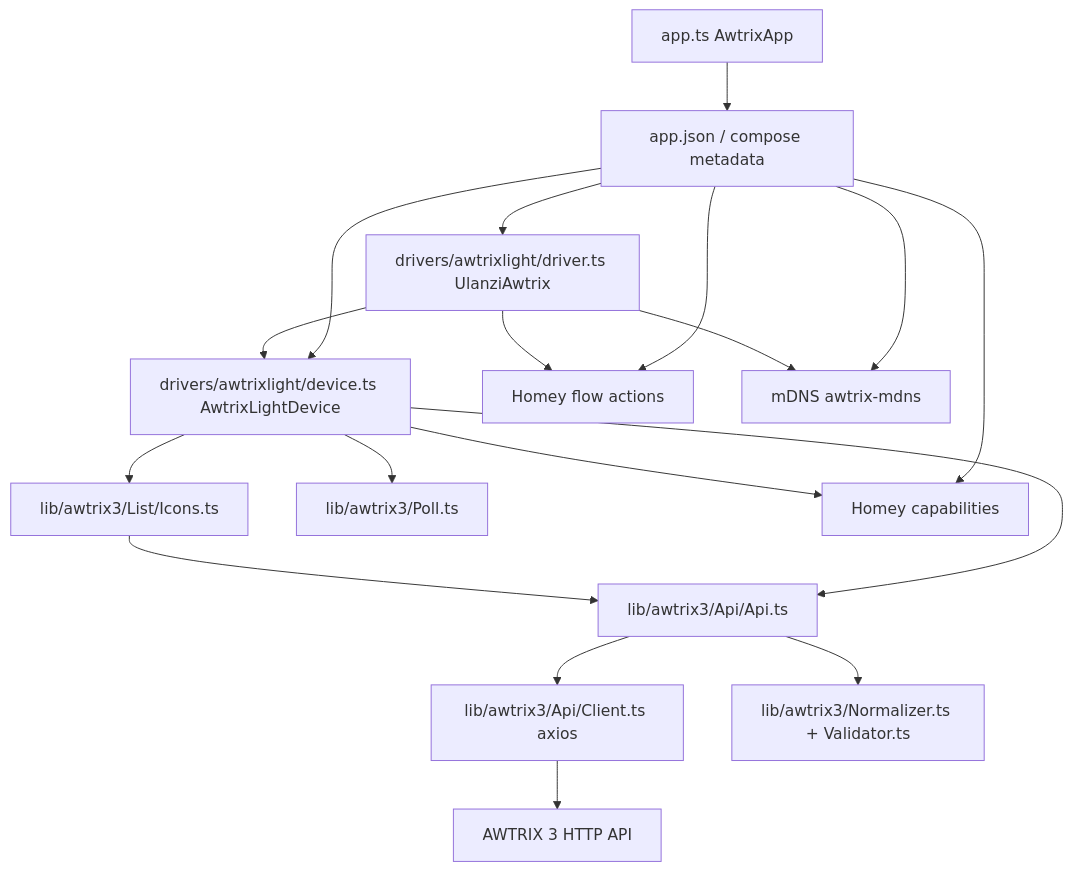
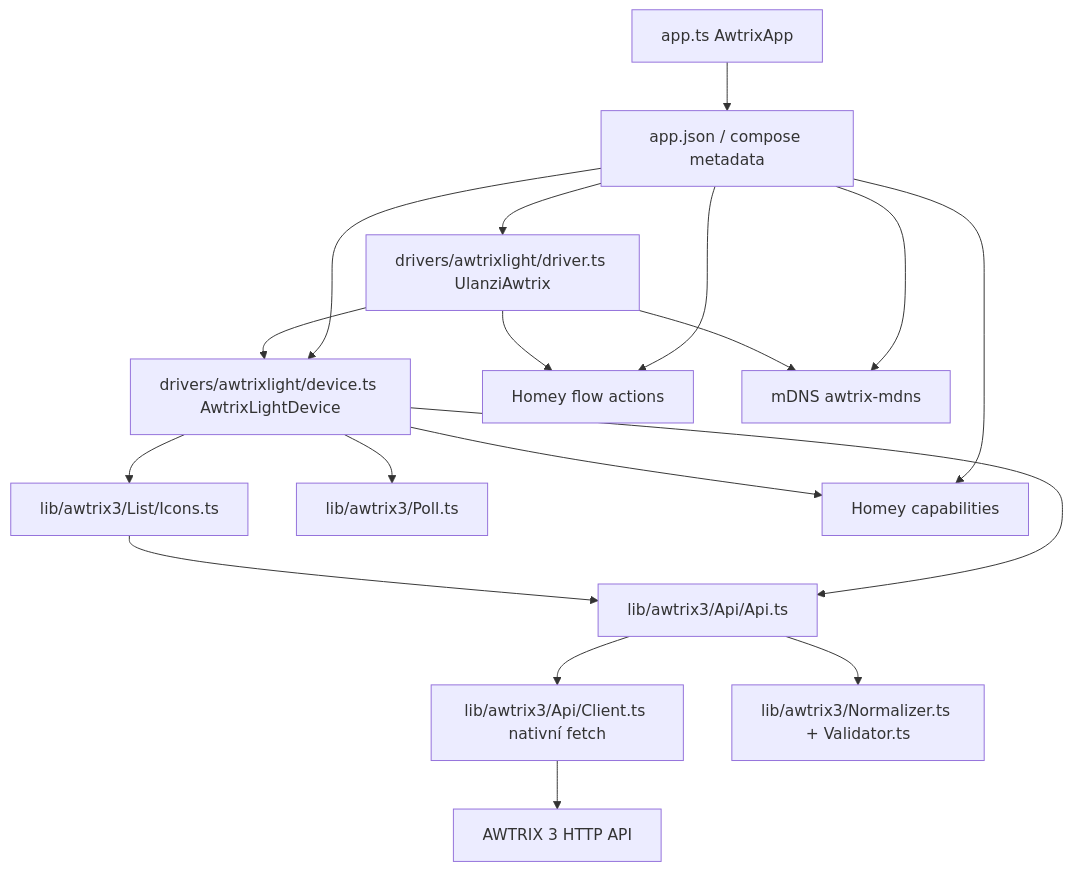
One commit to bckp/de.blueforcer.awtrixlight changed the diagram in docs/awtrix-ng/01-existing-driver-analysis.md. Above: the diagram before and after it, drawn with Mermaid. The commit also changed other lines of this file and 22 other files, not shown here.

````diff
--- a/docs/awtrix-ng/01-existing-driver-analysis.md
+++ b/docs/awtrix-ng/01-existing-driver-analysis.md
@@ -634,34 +634,34 @@
 ```mermaid
 flowchart TD
     HomeyApp[app.ts AwtrixApp]
     Manifest[app.json / compose metadata]
     Driver[drivers/awtrixlight/driver.ts UlanziAwtrix]
     Device[drivers/awtrixlight/device.ts AwtrixLightDevice]
     Api[lib/awtrix3/Api/Api.ts]
-    Client[lib/awtrix3/Api/Client.ts axios]
+    Client[lib/awtrix3/Api/Client.ts nativní fetch]
     Normalizer[lib/awtrix3/Normalizer.ts + Validator.ts]
     Icons[lib/awtrix3/List/Icons.ts]
     Poll[lib/awtrix3/Poll.ts]
     Awtrix[AWTRIX 3 HTTP API]
     Flows[Homey flow actions]
     Capabilities[Homey capabilities]
     Discovery[mDNS awtrix-mdns]
 
     Manifest --> Driver
     Manifest --> Device
     Manifest --> Flows
     Manifest --> Capabilities
     Manifest --> Discovery
     HomeyApp --> Manifest
     Driver --> Flows
     Driver --> Device
     Driver --> Discovery
     Device --> Api
     Device --> Icons
     Device --> Poll
     Device --> Capabilities
     Api --> Normalizer
     Api --> Client
     Icons --> Api
     Client --> Awtrix
 ```
````
